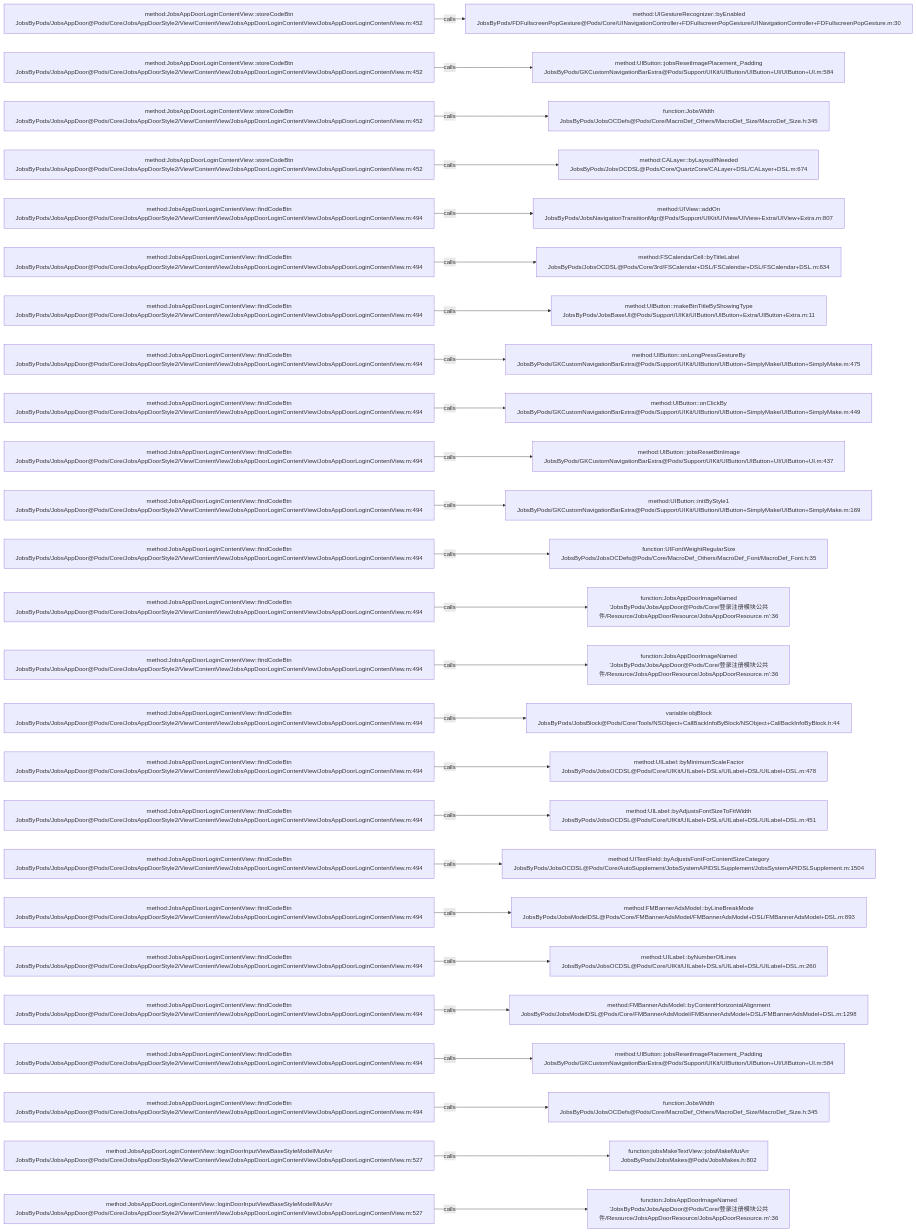
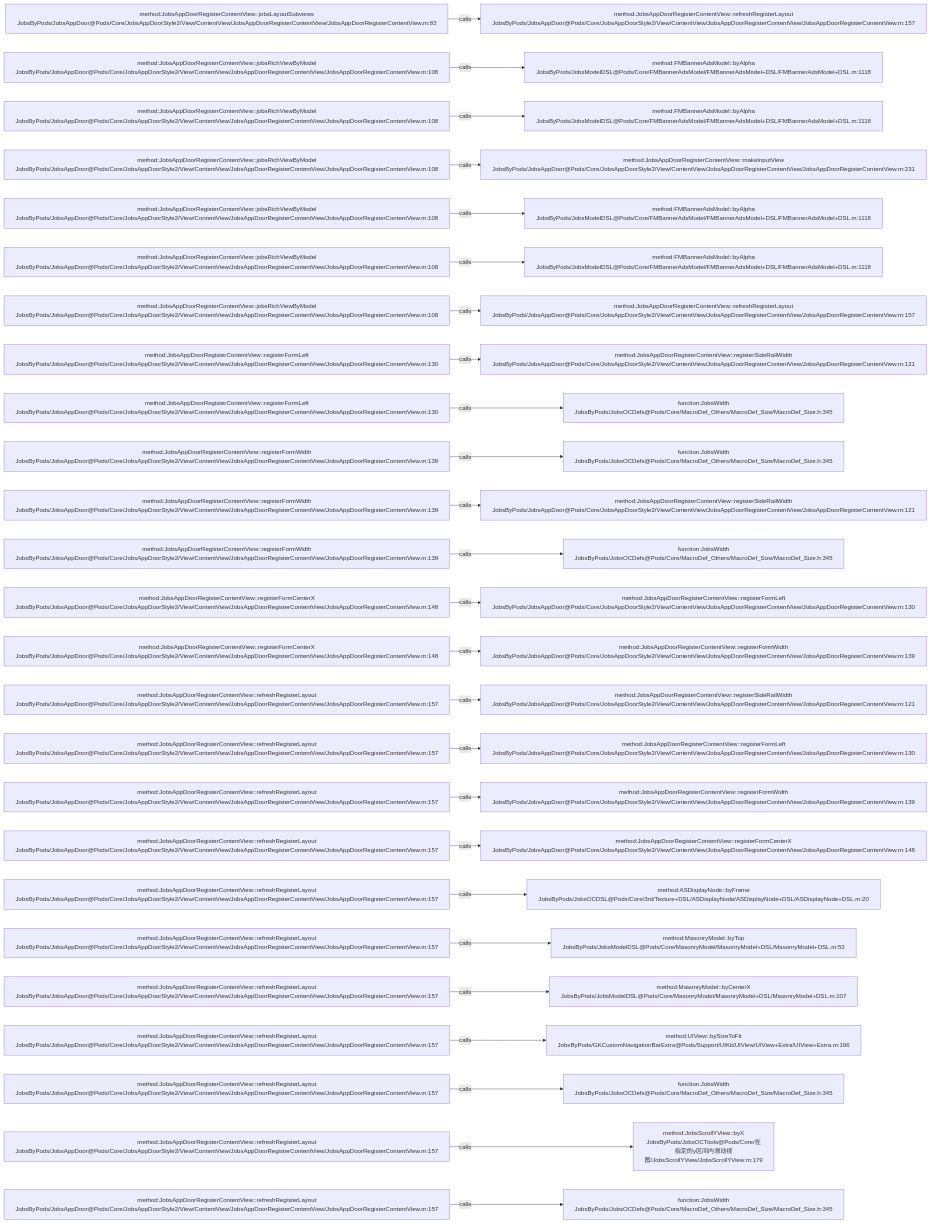
The diagram in .codegraph/codegraph.md/graphs/calls-126.md (JobsKits/JobsOCBaseConfigDemo), drawn with Mermaid before and after one commit. The commit also changed 223 other files, not shown here.

````diff
--- a/.codegraph/codegraph.md/graphs/calls-126.md
+++ b/.codegraph/codegraph.md/graphs/calls-126.md
@@ -13,78 +13,78 @@
 ```mermaid
 flowchart LR
-  S1["method:JobsAppDoorLoginContentView::storeCodeBtn<br/>JobsByPods/JobsAppDoor@Pods/Core/JobsAppDoorStyle2/View/ContentView/JobsAppDoorLoginContentView/JobsAppDoorLoginContentView.m:452"]
-  T1["method:UIGestureRecognizer::byEnabled<br/>JobsByPods/FDFullscreenPopGesture@Pods/Core/UINavigationController+FDFullscreenPopGesture/UINavigationController+FDFullscreenPopGesture.m:30"]
+  S1["method:JobsAppDoorRegisterContentView::jobsLayoutSubviews<br/>JobsByPods/JobsAppDoor@Pods/Core/JobsAppDoorStyle2/View/ContentView/JobsAppDoorRegisterContentView/JobsAppDoorRegisterContentView.m:83"]
+  T1["method:JobsAppDoorRegisterContentView::refreshRegisterLayout<br/>JobsByPods/JobsAppDoor@Pods/Core/JobsAppDoorStyle2/View/ContentView/JobsAppDoorRegisterContentView/JobsAppDoorRegisterContentView.m:157"]
   S1 -->|calls| T1
-  S2["method:JobsAppDoorLoginContentView::storeCodeBtn<br/>JobsByPods/JobsAppDoor@Pods/Core/JobsAppDoorStyle2/View/ContentView/JobsAppDoorLoginContentView/JobsAppDoorLoginContentView.m:452"]
-  T2["method:UIButton::jobsResetImagePlacement_Padding<br/>JobsByPods/GKCustomNavigationBarExtra@Pods/Support/UIKit/UIButton/UIButton+UI/UIButton+UI.m:584"]
+  S2["method:JobsAppDoorRegisterContentView::jobsRichViewByModel<br/>JobsByPods/JobsAppDoor@Pods/Core/JobsAppDoorStyle2/View/ContentView/JobsAppDoorRegisterContentView/JobsAppDoorRegisterContentView.m:108"]
+  T2["method:FMBannerAdsModel::byAlpha<br/>JobsByPods/JobsModelDSL@Pods/Core/FMBannerAdsModel/FMBannerAdsModel+DSL/FMBannerAdsModel+DSL.m:1118"]
   S2 -->|calls| T2
-  S3["method:JobsAppDoorLoginContentView::storeCodeBtn<br/>JobsByPods/JobsAppDoor@Pods/Core/JobsAppDoorStyle2/View/ContentView/JobsAppDoorLoginContentView/JobsAppDoorLoginContentView.m:452"]
-  T3["function:JobsWidth<br/>JobsByPods/JobsOCDefs@Pods/Core/MacroDef_Others/MacroDef_Size/MacroDef_Size.h:345"]
+  S3["method:JobsAppDoorRegisterContentView::jobsRichViewByModel<br/>JobsByPods/JobsAppDoor@Pods/Core/JobsAppDoorStyle2/View/ContentView/JobsAppDoorRegisterContentView/JobsAppDoorRegisterContentView.m:108"]
+  T3["method:FMBannerAdsModel::byAlpha<br/>JobsByPods/JobsModelDSL@Pods/Core/FMBannerAdsModel/FMBannerAdsModel+DSL/FMBannerAdsModel+DSL.m:1118"]
   S3 -->|calls| T3
-  S4["method:JobsAppDoorLoginContentView::storeCodeBtn<br/>JobsByPods/JobsAppDoor@Pods/Core/JobsAppDoorStyle2/View/ContentView/JobsAppDoorLoginContentView/JobsAppDoorLoginContentView.m:452"]
-  T4["method:CALayer::byLayoutIfNeeded<br/>JobsByPods/JobsOCDSL@Pods/Core/QuartzCore/CALayer+DSL/CALayer+DSL.m:674"]
+  S4["method:JobsAppDoorRegisterContentView::jobsRichViewByModel<br/>JobsByPods/JobsAppDoor@Pods/Core/JobsAppDoorStyle2/View/ContentView/JobsAppDoorRegisterContentView/JobsAppDoorRegisterContentView.m:108"]
+  T4["method:JobsAppDoorRegisterContentView::makeInputView<br/>JobsByPods/JobsAppDoor@Pods/Core/JobsAppDoorStyle2/View/ContentView/JobsAppDoorRegisterContentView/JobsAppDoorRegisterContentView.m:231"]
   S4 -->|calls| T4
-  S5["method:JobsAppDoorLoginContentView::findCodeBtn<br/>JobsByPods/JobsAppDoor@Pods/Core/JobsAppDoorStyle2/View/ContentView/JobsAppDoorLoginContentView/JobsAppDoorLoginContentView.m:494"]
-  T5["method:UIView::addOn<br/>JobsByPods/JobsNavigationTransitionMgr@Pods/Support/UIKit/UIView/UIView+Extra/UIView+Extra.m:807"]
+  S5["method:JobsAppDoorRegisterContentView::jobsRichViewByModel<br/>JobsByPods/JobsAppDoor@Pods/Core/JobsAppDoorStyle2/View/ContentView/JobsAppDoorRegisterContentView/JobsAppDoorRegisterContentView.m:108"]
+  T5["method:FMBannerAdsModel::byAlpha<br/>JobsByPods/JobsModelDSL@Pods/Core/FMBannerAdsModel/FMBannerAdsModel+DSL/FMBannerAdsModel+DSL.m:1118"]
   S5 -->|calls| T5
-  S6["method:JobsAppDoorLoginContentView::findCodeBtn<br/>JobsByPods/JobsAppDoor@Pods/Core/JobsAppDoorStyle2/View/ContentView/JobsAppDoorLoginContentView/JobsAppDoorLoginContentView.m:494"]
-  T6["method:FSCalendarCell::byTitleLabel<br/>JobsByPods/JobsOCDSL@Pods/Core/3rd/FSCalendar+DSL/FSCalendar+DSL/FSCalendar+DSL.m:834"]
+  S6["method:JobsAppDoorRegisterContentView::jobsRichViewByModel<br/>JobsByPods/JobsAppDoor@Pods/Core/JobsAppDoorStyle2/View/ContentView/JobsAppDoorRegisterContentView/JobsAppDoorRegisterContentView.m:108"]
+  T6["method:FMBannerAdsModel::byAlpha<br/>JobsByPods/JobsModelDSL@Pods/Core/FMBannerAdsModel/FMBannerAdsModel+DSL/FMBannerAdsModel+DSL.m:1118"]
   S6 -->|calls| T6
-  S7["method:JobsAppDoorLoginContentView::findCodeBtn<br/>JobsByPods/JobsAppDoor@Pods/Core/JobsAppDoorStyle2/View/ContentView/JobsAppDoorLoginContentView/JobsAppDoorLoginContentView.m:494"]
-  T7["method:UIButton::makeBtnTitleByShowingType<br/>JobsByPods/JobsBaseUI@Pods/Support/UIKit/UIButton/UIButton+Extra/UIButton+Extra.m:11"]
+  S7["method:JobsAppDoorRegisterContentView::jobsRichViewByModel<br/>JobsByPods/JobsAppDoor@Pods/Core/JobsAppDoorStyle2/View/ContentView/JobsAppDoorRegisterContentView/JobsAppDoorRegisterContentView.m:108"]
+  T7["method:JobsAppDoorRegisterContentView::refreshRegisterLayout<br/>JobsByPods/JobsAppDoor@Pods/Core/JobsAppDoorStyle2/View/ContentView/JobsAppDoorRegisterContentView/JobsAppDoorRegisterContentView.m:157"]
   S7 -->|calls| T7
-  S8["method:JobsAppDoorLoginContentView::findCodeBtn<br/>JobsByPods/JobsAppDoor@Pods/Core/JobsAppDoorStyle2/View/ContentView/JobsAppDoorLoginContentView/JobsAppDoorLoginContentView.m:494"]
-  T8["method:UIButton::onLongPressGestureBy<br/>JobsByPods/GKCustomNavigationBarExtra@Pods/Support/UIKit/UIButton/UIButton+SimplyMake/UIButton+SimplyMake.m:475"]
+  S8["method:JobsAppDoorRegisterContentView::registerFormLeft<br/>JobsByPods/JobsAppDoor@Pods/Core/JobsAppDoorStyle2/View/ContentView/JobsAppDoorRegisterContentView/JobsAppDoorRegisterContentView.m:130"]
+  T8["method:JobsAppDoorRegisterContentView::registerSideRailWidth<br/>JobsByPods/JobsAppDoor@Pods/Core/JobsAppDoorStyle2/View/ContentView/JobsAppDoorRegisterContentView/JobsAppDoorRegisterContentView.m:121"]
   S8 -->|calls| T8
-  S9["method:JobsAppDoorLoginContentView::findCodeBtn<br/>JobsByPods/JobsAppDoor@Pods/Core/JobsAppDoorStyle2/View/ContentView/JobsAppDoorLoginContentView/JobsAppDoorLoginContentView.m:494"]
-  T9["method:UIButton::onClickBy<br/>JobsByPods/GKCustomNavigationBarExtra@Pods/Support/UIKit/UIButton/UIButton+SimplyMake/UIButton+SimplyMake.m:449"]
+  S9["method:JobsAppDoorRegisterContentView::registerFormLeft<br/>JobsByPods/JobsAppDoor@Pods/Core/JobsAppDoorStyle2/View/ContentView/JobsAppDoorRegisterContentView/JobsAppDoorRegisterContentView.m:130"]
+  T9["function:JobsWidth<br/>JobsByPods/JobsOCDefs@Pods/Core/MacroDef_Others/MacroDef_Size/MacroDef_Size.h:345"]
   S9 -->|calls| T9
-  S10["method:JobsAppDoorLoginContentView::findCodeBtn<br/>JobsByPods/JobsAppDoor@Pods/Core/JobsAppDoorStyle2/View/ContentView/JobsAppDoorLoginContentView/JobsAppDoorLoginContentView.m:494"]
-  T10["method:UIButton::jobsResetBtnImage<br/>JobsByPods/GKCustomNavigationBarExtra@Pods/Support/UIKit/UIButton/UIButton+UI/UIButton+UI.m:437"]
+  S10["method:JobsAppDoorRegisterContentView::registerFormWidth<br/>JobsByPods/JobsAppDoor@Pods/Core/JobsAppDoorStyle2/View/ContentView/JobsAppDoorRegisterContentView/JobsAppDoorRegisterContentView.m:139"]
+  T10["function:JobsWidth<br/>JobsByPods/JobsOCDefs@Pods/Core/MacroDef_Others/MacroDef_Size/MacroDef_Size.h:345"]
   S10 -->|calls| T10
-  S11["method:JobsAppDoorLoginContentView::findCodeBtn<br/>JobsByPods/JobsAppDoor@Pods/Core/JobsAppDoorStyle2/View/ContentView/JobsAppDoorLoginContentView/JobsAppDoorLoginContentView.m:494"]
-  T11["method:UIButton::initByStyle1<br/>JobsByPods/GKCustomNavigationBarExtra@Pods/Support/UIKit/UIButton/UIButton+SimplyMake/UIButton+SimplyMake.m:169"]
+  S11["method:JobsAppDoorRegisterContentView::registerFormWidth<br/>JobsByPods/JobsAppDoor@Pods/Core/JobsAppDoorStyle2/View/ContentView/JobsAppDoorRegisterContentView/JobsAppDoorRegisterContentView.m:139"]
+  T11["method:JobsAppDoorRegisterContentView::registerSideRailWidth<br/>JobsByPods/JobsAppDoor@Pods/Core/JobsAppDoorStyle2/View/ContentView/JobsAppDoorRegisterContentView/JobsAppDoorRegisterContentView.m:121"]
   S11 -->|calls| T11
-  S12["method:JobsAppDoorLoginContentView::findCodeBtn<br/>JobsByPods/JobsAppDoor@Pods/Core/JobsAppDoorStyle2/View/ContentView/JobsAppDoorLoginContentView/JobsAppDoorLoginContentView.m:494"]
-  T12["function:UIFontWeightRegularSize<br/>JobsByPods/JobsOCDefs@Pods/Core/MacroDef_Others/MacroDef_Font/MacroDef_Font.h:35"]
+  S12["method:JobsAppDoorRegisterContentView::registerFormWidth<br/>JobsByPods/JobsAppDoor@Pods/Core/JobsAppDoorStyle2/View/ContentView/JobsAppDoorRegisterContentView/JobsAppDoorRegisterContentView.m:139"]
+  T12["function:JobsWidth<br/>JobsByPods/JobsOCDefs@Pods/Core/MacroDef_Others/MacroDef_Size/MacroDef_Size.h:345"]
   S12 -->|calls| T12
-  S13["method:JobsAppDoorLoginContentView::findCodeBtn<br/>JobsByPods/JobsAppDoor@Pods/Core/JobsAppDoorStyle2/View/ContentView/JobsAppDoorLoginContentView/JobsAppDoorLoginContentView.m:494"]
-  T13["function:JobsAppDoorImageNamed<br/>'JobsByPods/JobsAppDoor@Pods/Core/登录注册模块公共件/Resource/JobsAppDoorResource/JobsAppDoorResource.m':36"]
+  S13["method:JobsAppDoorRegisterContentView::registerFormCenterX<br/>JobsByPods/JobsAppDoor@Pods/Core/JobsAppDoorStyle2/View/ContentView/JobsAppDoorRegisterContentView/JobsAppDoorRegisterContentView.m:148"]
+  T13["method:JobsAppDoorRegisterContentView::registerFormLeft<br/>JobsByPods/JobsAppDoor@Pods/Core/JobsAppDoorStyle2/View/ContentView/JobsAppDoorRegisterContentView/JobsAppDoorRegisterContentView.m:130"]
   S13 -->|calls| T13
-  S14["method:JobsAppDoorLoginContentView::findCodeBtn<br/>JobsByPods/JobsAppDoor@Pods/Core/JobsAppDoorStyle2/View/ContentView/JobsAppDoorLoginContentView/JobsAppDoorLoginContentView.m:494"]
-  T14["function:JobsAppDoorImageNamed<br/>'JobsByPods/JobsAppDoor@Pods/Core/登录注册模块公共件/Resource/JobsAppDoorResource/JobsAppDoorResource.m':36"]
+  S14["method:JobsAppDoorRegisterContentView::registerFormCenterX<br/>JobsByPods/JobsAppDoor@Pods/Core/JobsAppDoorStyle2/View/ContentView/JobsAppDoorRegisterContentView/JobsAppDoorRegisterContentView.m:148"]
+  T14["method:JobsAppDoorRegisterContentView::registerFormWidth<br/>JobsByPods/JobsAppDoor@Pods/Core/JobsAppDoorStyle2/View/ContentView/JobsAppDoorRegisterContentView/JobsAppDoorRegisterContentView.m:139"]
   S14 -->|calls| T14
-  S15["method:JobsAppDoorLoginContentView::findCodeBtn<br/>JobsByPods/JobsAppDoor@Pods/Core/JobsAppDoorStyle2/View/ContentView/JobsAppDoorLoginContentView/JobsAppDoorLoginContentView.m:494"]
-  T15["variable:objBlock<br/>JobsByPods/JobsBlock@Pods/Core/Tools/NSObject+CallBackInfoByBlock/NSObject+CallBackInfoByBlock.h:44"]
+  S15["method:JobsAppDoorRegisterContentView::refreshRegisterLayout<br/>JobsByPods/JobsAppDoor@Pods/Core/JobsAppDoorStyle2/View/ContentView/JobsAppDoorRegisterContentView/JobsAppDoorRegisterContentView.m:157"]
+  T15["method:JobsAppDoorRegisterContentView::registerSideRailWidth<br/>JobsByPods/JobsAppDoor@Pods/Core/JobsAppDoorStyle2/View/ContentView/JobsAppDoorRegisterContentView/JobsAppDoorRegisterContentView.m:121"]
   S15 -->|calls| T15
-  S16["method:JobsAppDoorLoginContentView::findCodeBtn<br/>JobsByPods/JobsAppDoor@Pods/Core/JobsAppDoorStyle2/View/ContentView/JobsAppDoorLoginContentView/JobsAppDoorLoginContentView.m:494"]
-  T16["method:UILabel::byMinimumScaleFactor<br/>JobsByPods/JobsOCDSL@Pods/Core/UIKit/UILabel+DSLs/UILabel+DSL/UILabel+DSL.m:478"]
+  S16["method:JobsAppDoorRegisterContentView::refreshRegisterLayout<br/>JobsByPods/JobsAppDoor@Pods/Core/JobsAppDoorStyle2/View/ContentView/JobsAppDoorRegisterContentView/JobsAppDoorRegisterContentView.m:157"]
+  T16["method:JobsAppDoorRegisterContentView::registerFormLeft<br/>JobsByPods/JobsAppDoor@Pods/Core/JobsAppDoorStyle2/View/ContentView/JobsAppDoorRegisterContentView/JobsAppDoorRegisterContentView.m:130"]
   S16 -->|calls| T16
-  S17["method:JobsAppDoorLoginContentView::findCodeBtn<br/>JobsByPods/JobsAppDoor@Pods/Core/JobsAppDoorStyle2/View/ContentView/JobsAppDoorLoginContentView/JobsAppDoorLoginContentView.m:494"]
-  T17["method:UILabel::byAdjustsFontSizeToFitWidth<br/>JobsByPods/JobsOCDSL@Pods/Core/UIKit/UILabel+DSLs/UILabel+DSL/UILabel+DSL.m:451"]
+  S17["method:JobsAppDoorRegisterContentView::refreshRegisterLayout<br/>JobsByPods/JobsAppDoor@Pods/Core/JobsAppDoorStyle2/View/ContentView/JobsAppDoorRegisterContentView/JobsAppDoorRegisterContentView.m:157"]
+  T17["method:JobsAppDoorRegisterContentView::registerFormWidth<br/>JobsByPods/JobsAppDoor@Pods/Core/JobsAppDoorStyle2/View/ContentView/JobsAppDoorRegisterContentView/JobsAppDoorRegisterContentView.m:139"]
   S17 -->|calls| T17
-  S18["method:JobsAppDoorLoginContentView::findCodeBtn<br/>JobsByPods/JobsAppDoor@Pods/Core/JobsAppDoorStyle2/View/ContentView/JobsAppDoorLoginContentView/JobsAppDoorLoginContentView.m:494"]
-  T18["method:UITextField::byAdjustsFontForContentSizeCategory<br/>JobsByPods/JobsOCDSL@Pods/Core/AutoSupplement/JobsSystemAPIDSLSupplement/JobsSystemAPIDSLSupplement.m:1504"]
+  S18["method:JobsAppDoorRegisterContentView::refreshRegisterLayout<br/>JobsByPods/JobsAppDoor@Pods/Core/JobsAppDoorStyle2/View/ContentView/JobsAppDoorRegisterContentView/JobsAppDoorRegisterContentView.m:157"]
+  T18["method:JobsAppDoorRegisterContentView::registerFormCenterX<br/>JobsByPods/JobsAppDoor@Pods/Core/JobsAppDoorStyle2/View/ContentView/JobsAppDoorRegisterContentView/JobsAppDoorRegisterContentView.m:148"]
   S18 -->|calls| T18
-  S19["method:JobsAppDoorLoginContentView::findCodeBtn<br/>JobsByPods/JobsAppDoor@Pods/Core/JobsAppDoorStyle2/View/ContentView/JobsAppDoorLoginContentView/JobsAppDoorLoginContentView.m:494"]
-  T19["method:FMBannerAdsModel::byLineBreakMode<br/>JobsByPods/JobsModelDSL@Pods/Core/FMBannerAdsModel/FMBannerAdsModel+DSL/FMBannerAdsModel+DSL.m:893"]
+  S19["method:JobsAppDoorRegisterContentView::refreshRegisterLayout<br/>JobsByPods/JobsAppDoor@Pods/Core/JobsAppDoorStyle2/View/ContentView/JobsAppDoorRegisterContentView/JobsAppDoorRegisterContentView.m:157"]
+  T19["method:ASDisplayNode::byFrame<br/>JobsByPods/JobsOCDSL@Pods/Core/3rd/Texture+DSL/ASDisplayNode/ASDisplayNode+DSL/ASDisplayNode+DSL.m:20"]
   S19 -->|calls| T19
-  S20["method:JobsAppDoorLoginContentView::findCodeBtn<br/>JobsByPods/JobsAppDoor@Pods/Core/JobsAppDoorStyle2/View/ContentView/JobsAppDoorLoginContentView/JobsAppDoorLoginContentView.m:494"]
-  T20["method:UILabel::byNumberOfLines<br/>JobsByPods/JobsOCDSL@Pods/Core/UIKit/UILabel+DSLs/UILabel+DSL/UILabel+DSL.m:260"]
+  S20["method:JobsAppDoorRegisterContentView::refreshRegisterLayout<br/>JobsByPods/JobsAppDoor@Pods/Core/JobsAppDoorStyle2/View/ContentView/JobsAppDoorRegisterContentView/JobsAppDoorRegisterContentView.m:157"]
+  T20["method:MasonryModel::byTop<br/>JobsByPods/JobsModelDSL@Pods/Core/MasonryModel/MasonryModel+DSL/MasonryModel+DSL.m:53"]
   S20 -->|calls| T20
-  S21["method:JobsAppDoorLoginContentView::findCodeBtn<br/>JobsByPods/JobsAppDoor@Pods/Core/JobsAppDoorStyle2/View/ContentView/JobsAppDoorLoginContentView/JobsAppDoorLoginContentView.m:494"]
-  T21["method:FMBannerAdsModel::byContentHorizontalAlignment<br/>JobsByPods/JobsModelDSL@Pods/Core/FMBannerAdsModel/FMBannerAdsModel+DSL/FMBannerAdsModel+DSL.m:1298"]
+  S21["method:JobsAppDoorRegisterContentView::refreshRegisterLayout<br/>JobsByPods/JobsAppDoor@Pods/Core/JobsAppDoorStyle2/View/ContentView/JobsAppDoorRegisterContentView/JobsAppDoorRegisterContentView.m:157"]
+  T21["method:MasonryModel::byCenterX<br/>JobsByPods/JobsModelDSL@Pods/Core/MasonryModel/MasonryModel+DSL/MasonryModel+DSL.m:107"]
   S21 -->|calls| T21
-  S22["method:JobsAppDoorLoginContentView::findCodeBtn<br/>JobsByPods/JobsAppDoor@Pods/Core/JobsAppDoorStyle2/View/ContentView/JobsAppDoorLoginContentView/JobsAppDoorLoginContentView.m:494"]
-  T22["method:UIButton::jobsResetImagePlacement_Padding<br/>JobsByPods/GKCustomNavigationBarExtra@Pods/Support/UIKit/UIButton/UIButton+UI/UIButton+UI.m:584"]
+  S22["method:JobsAppDoorRegisterContentView::refreshRegisterLayout<br/>JobsByPods/JobsAppDoor@Pods/Core/JobsAppDoorStyle2/View/ContentView/JobsAppDoorRegisterContentView/JobsAppDoorRegisterContentView.m:157"]
+  T22["method:UIView::bySizeToFit<br/>JobsByPods/GKCustomNavigationBarExtra@Pods/Support/UIKit/UIView/UIView+Extra/UIView+Extra.m:196"]
   S22 -->|calls| T22
-  S23["method:JobsAppDoorLoginContentView::findCodeBtn<br/>JobsByPods/JobsAppDoor@Pods/Core/JobsAppDoorStyle2/View/ContentView/JobsAppDoorLoginContentView/JobsAppDoorLoginContentView.m:494"]
+  S23["method:JobsAppDoorRegisterContentView::refreshRegisterLayout<br/>JobsByPods/JobsAppDoor@Pods/Core/JobsAppDoorStyle2/View/ContentView/JobsAppDoorRegisterContentView/JobsAppDoorRegisterContentView.m:157"]
   T23["function:JobsWidth<br/>JobsByPods/JobsOCDefs@Pods/Core/MacroDef_Others/MacroDef_Size/MacroDef_Size.h:345"]
   S23 -->|calls| T23
-  S24["method:JobsAppDoorLoginContentView::loginDoorInputViewBaseStyleModelMutArr<br/>JobsByPods/JobsAppDoor@Pods/Core/JobsAppDoorStyle2/View/ContentView/JobsAppDoorLoginContentView/JobsAppDoorLoginContentView.m:527"]
-  T24["function:jobsMakeTextView::jobsMakeMutArr<br/>JobsByPods/JobsMakes@Pods/JobsMakes.h:802"]
+  S24["method:JobsAppDoorRegisterContentView::refreshRegisterLayout<br/>JobsByPods/JobsAppDoor@Pods/Core/JobsAppDoorStyle2/View/ContentView/JobsAppDoorRegisterContentView/JobsAppDoorRegisterContentView.m:157"]
+  T24["method:JobsScrollYView::byX<br/>JobsByPods/JobsOCTools@Pods/Core/在指定的y区间内滑动视图/JobsScrollYView/JobsScrollYView.m:179"]
   S24 -->|calls| T24
-  S25["method:JobsAppDoorLoginContentView::loginDoorInputViewBaseStyleModelMutArr<br/>JobsByPods/JobsAppDoor@Pods/Core/JobsAppDoorStyle2/View/ContentView/JobsAppDoorLoginContentView/JobsAppDoorLoginContentView.m:527"]
-  T25["function:JobsAppDoorImageNamed<br/>'JobsByPods/JobsAppDoor@Pods/Core/登录注册模块公共件/Resource/JobsAppDoorResource/JobsAppDoorResource.m':36"]
+  S25["method:JobsAppDoorRegisterContentView::refreshRegisterLayout<br/>JobsByPods/JobsAppDoor@Pods/Core/JobsAppDoorStyle2/View/ContentView/JobsAppDoorRegisterContentView/JobsAppDoorRegisterContentView.m:157"]
+  T25["function:JobsWidth<br/>JobsByPods/JobsOCDefs@Pods/Core/MacroDef_Others/MacroDef_Size/MacroDef_Size.h:345"]
   S25 -->|calls| T25
 ```
````
